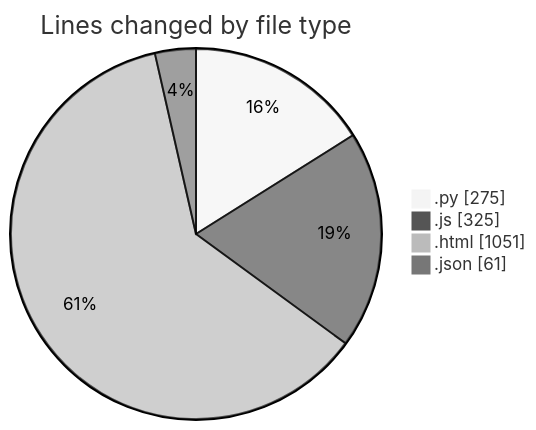
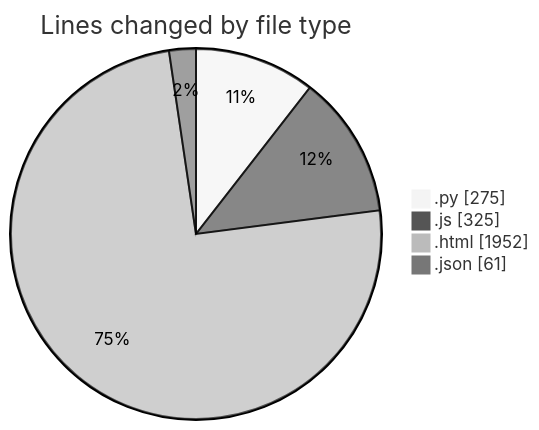
The first of 2 diagrams in 2026-07-09/twenty_versions_aminor/README.md (shibass792/code-tracking), drawn with Mermaid (neutral theme) before and after one commit. The commit also changed other lines of this file and 1 other file, not shown here.

````diff
--- a/2026-07-09/twenty_versions_aminor/README.md
+++ b/2026-07-09/twenty_versions_aminor/README.md
@@ -24,8 +24,8 @@
 ```mermaid
 pie showData
 title Lines changed by file type
 ".py" : 275
 ".js" : 325
-".html" : 1051
+".html" : 1952
 ".json" : 61
 ```
````
